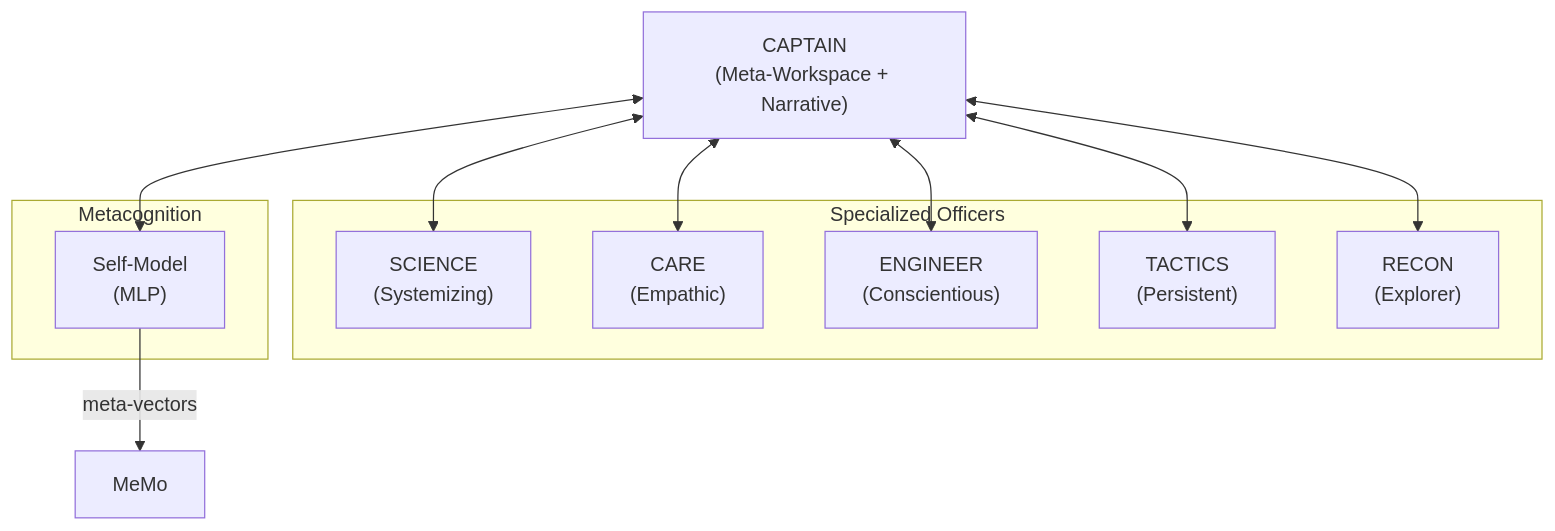
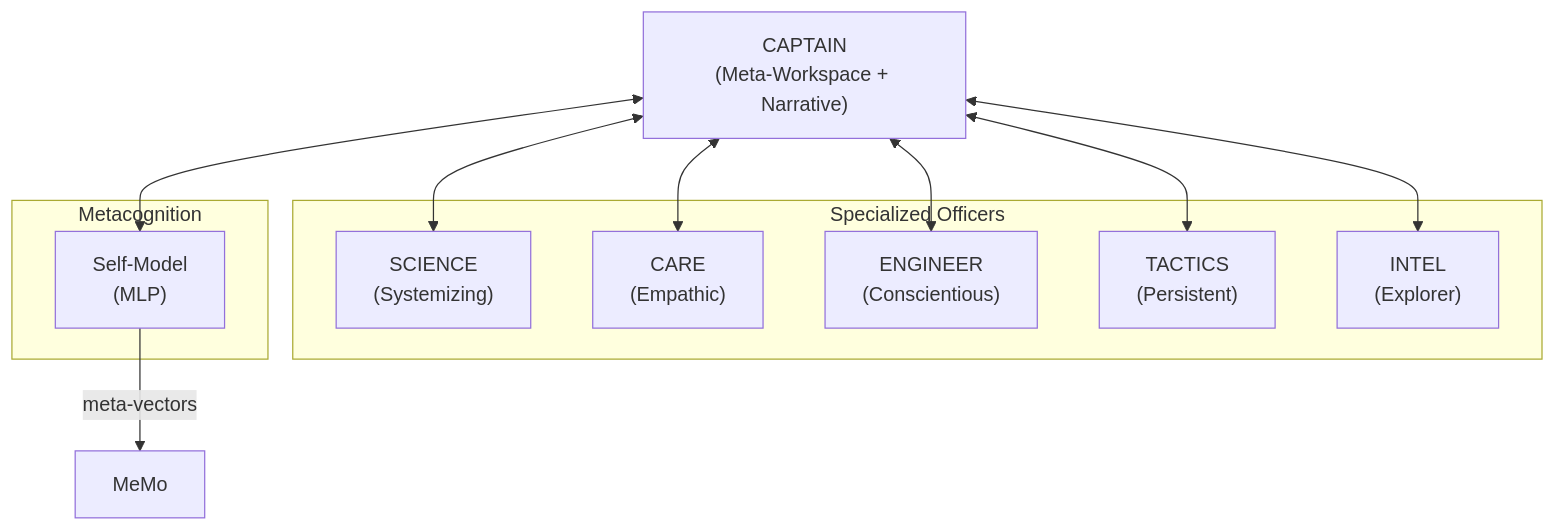
Before and after one commit to AlainCo/GNWT-Garrigue-X-en: the fourth of 8 diagrams in architecture/architecture.md, drawn with Mermaid. The commit also changed other lines of this file and 31 other files, not shown here.

````diff
--- a/architecture/architecture.md
+++ b/architecture/architecture.md
@@ -73,25 +72,25 @@
 ```mermaid
 flowchart TD
-    Captain["CAPTAIN\n(Meta-Workspace + Narrative)"]
+    Capitaine["CAPTAIN\n(Meta-Workspace + Narrative)"] 
 
-    subgraph Officers ["Specialized Officers"]
+    subgraph Officiers ["Specialized Officers"]
         Science["SCIENCE\n(Systemizing)"]
-        Care["CARE\n(Empathic)"]
-        Engineer["ENGINEER\n(Conscientious)"]
-        Tactics["TACTICS\n(Persistent)"]
-        Recon["RECON\n(Explorer)"]
+        Soin["CARE\n(Empathic)"]
+        Ingenieur["ENGINEER\n(Conscientious)"]
+        Tactique["TACTICS\n(Persistent)"]
+        Rens["INTEL\n(Explorer)"]
     end
 
     subgraph Meta ["Metacognition"]
         SM["Self-Model\n(MLP)"]
     end
 
-    Captain <--> Science
-    Captain <--> Care
-    Captain <--> Engineer
-    Captain <--> Tactics
-    Captain <--> Recon
-    Captain <--> SM
+    Capitaine <--> Science
+    Capitaine <--> Soin
+    Capitaine <--> Ingenieur
+    Capitaine <--> Tactique
+    Capitaine <--> Rens
+    Capitaine <--> SM
 
     SM -->|"meta-vectors"| MeMo
 ```
````
